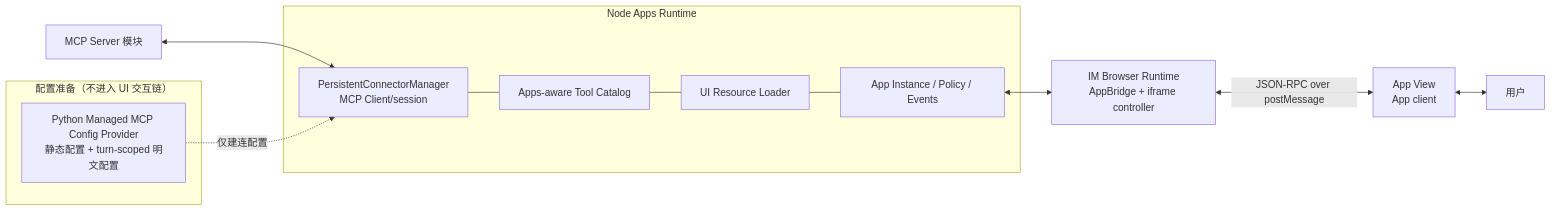
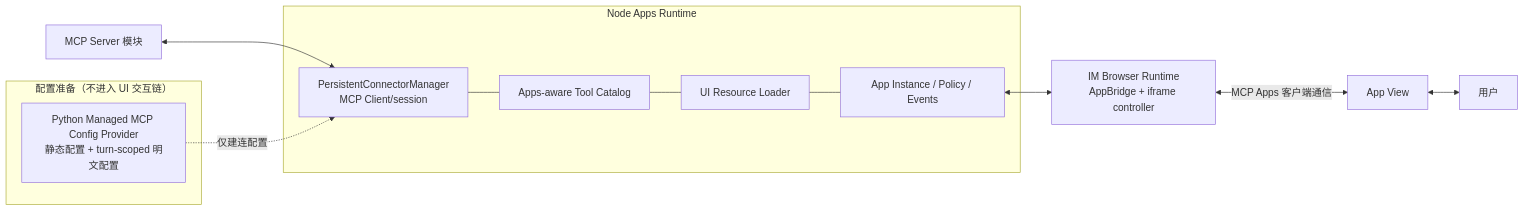
One commit to glide-the/im-dream changed the third of 3 diagrams in docs/design/claude-agent/mcp-apps-integration-strategy.md. Above: the diagram before and after it, drawn with Mermaid. The commit also changed other lines of this file and 6 other files, not shown here.

Commit message:
docs: align IM Apps client contract

````diff
--- a/docs/design/claude-agent/mcp-apps-integration-strategy.md
+++ b/docs/design/claude-agent/mcp-apps-integration-strategy.md
@@ -168,20 +166,20 @@
 ```mermaid
 flowchart LR
     subgraph CONFIG["配置准备（不进入 UI 交互链）"]
         P["Python Managed MCP Config Provider<br/>静态配置 + turn-scoped 明文配置"]
     end
 
     subgraph HOST["Node Apps Runtime"]
         C["PersistentConnectorManager<br/>MCP Client/session"]
         T["Apps-aware Tool Catalog"]
         R["UI Resource Loader"]
         I["App Instance / Policy / Events"]
         C --- T --- R --- I
     end
 
     S["MCP Server 模块"] <--> C
     P -."仅建连配置".-> C
     I <--> B["IM Browser Runtime<br/>AppBridge + iframe controller"]
-    B <-->|"JSON-RPC over postMessage"| V["App View<br/>App client"]
+    B <-->|"MCP Apps 客户端通信"| V["App View"]
     V <--> U["用户"]
 ```
````
